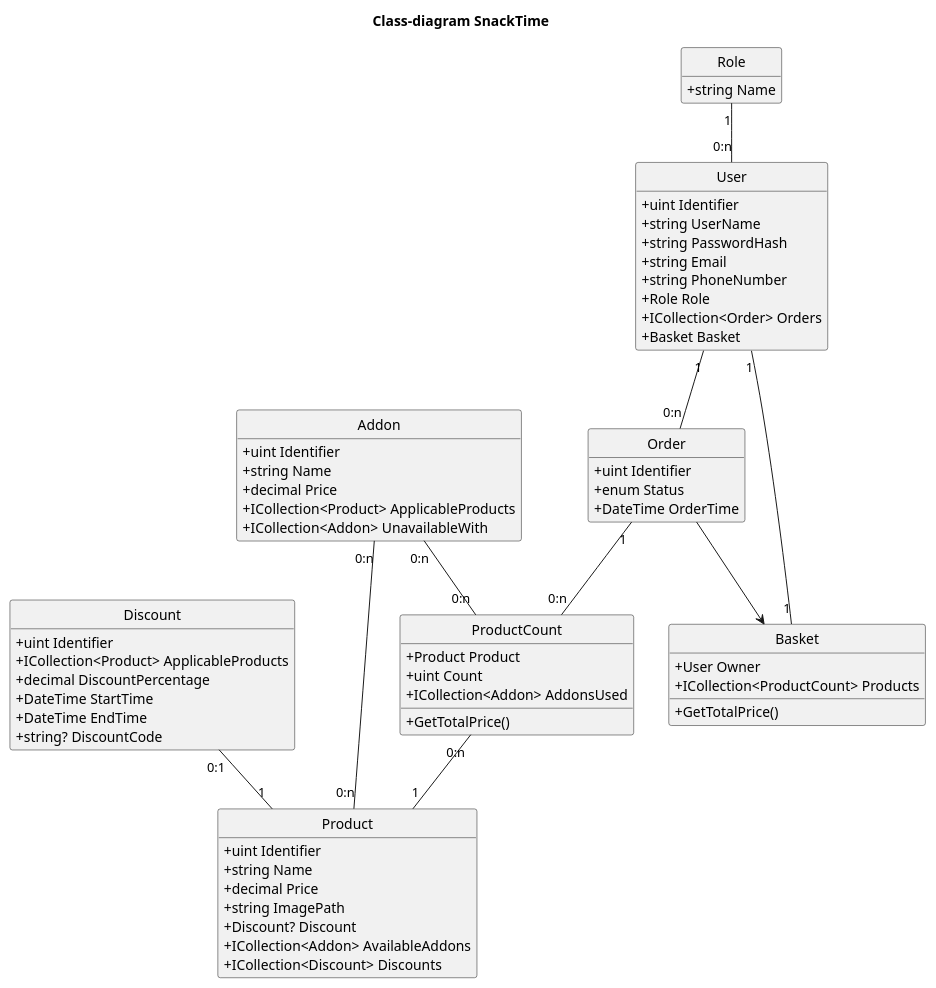
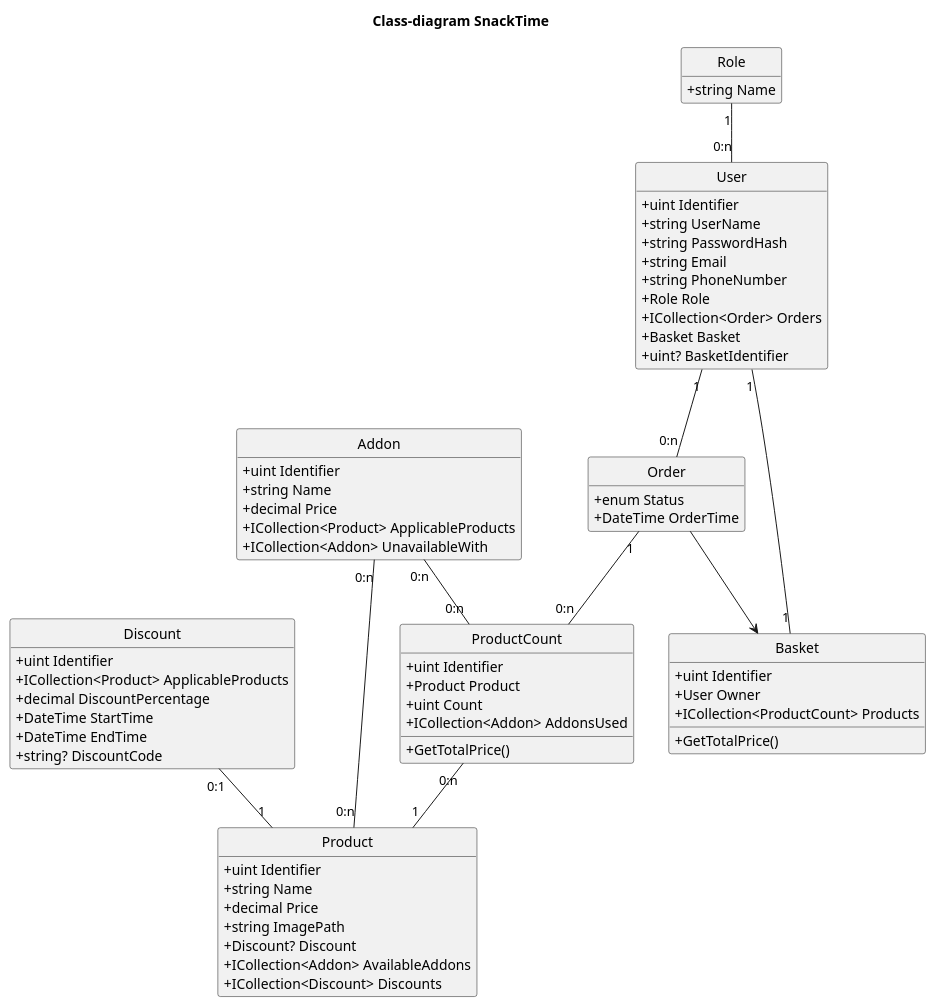
Before and after one commit to kinggeert/SnackTime: the diagram in SnackTime/Uml/ClassDiagram.puml, drawn with PlantUML. The commit also changed 5 other files, not shown here.

```diff
--- a/SnackTime/Uml/ClassDiagram.puml
+++ b/SnackTime/Uml/ClassDiagram.puml
@@ -1,85 +1,87 @@
 @startuml
 hide circle
 hide empty members
 skinparam classAttributeIconSize 0
 skinparam packageStyle rectangle
 title Class-diagram SnackTime
 
 
 class User {
     +uint Identifier
     +string UserName
     +string PasswordHash
     +string Email
     +string PhoneNumber
     +Role Role
     +ICollection<Order> Orders
     +Basket Basket
+    +uint? BasketIdentifier
 }
 
 class Role {
     +string Name
 }
 
 class Product {
     +uint Identifier
     +string Name
     +decimal Price
     +string ImagePath
     +Discount? Discount
     +ICollection<Addon> AvailableAddons
     +ICollection<Discount> Discounts
 }
 
 class ProductCount {
+    +uint Identifier
     +Product Product
     +uint Count
     +ICollection<Addon> AddonsUsed
     
     +GetTotalPrice()
 }
 
 class Basket {
+    +uint Identifier
     +User Owner
     +ICollection<ProductCount> Products
     
     +GetTotalPrice()
 }
 
 class Order {
-    +uint Identifier
     +enum Status
     +DateTime OrderTime
 }
 
 class Discount {
     +uint Identifier
     +ICollection<Product> ApplicableProducts
     +decimal DiscountPercentage
     +DateTime StartTime
     +DateTime EndTime
     +string? DiscountCode
 }
 
 class Addon {
     +uint Identifier
     +string Name
     +decimal Price
     +ICollection<Product> ApplicableProducts
     +ICollection<Addon> UnavailableWith
 }
 
 User "1" -- "0:n" Order
 Order "1" -- "0:n" ProductCount
 ProductCount "0:n" -- "1" Product
 Discount "0:1" -- "1" Product
 User "1" -- "1" Basket
 Addon "0:n" -- "0:n" Product
 Addon "0:n" -- "0:n" ProductCount
 Role "1" -- "0:n" User
 
 Order --> Basket
 
 
 
 @enduml
```
